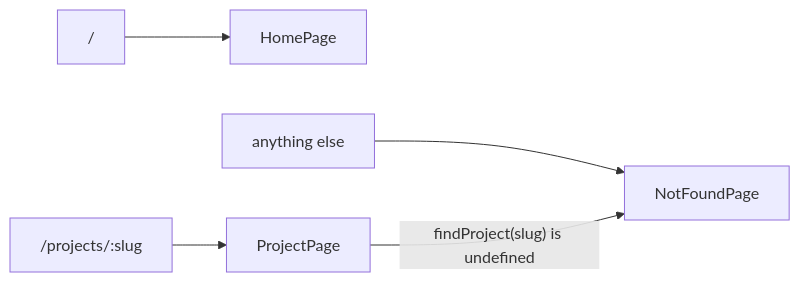
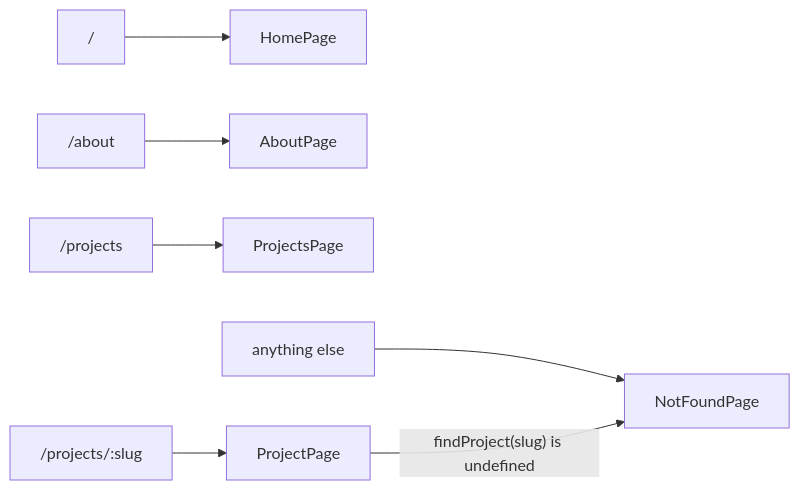
One commit to brennan-carson/brennan-carson-portfolio changed the fifth of 6 diagrams in docs/repository-guide.md. Above: the diagram before and after it, drawn with Mermaid. The commit also changed other lines of this file and 32 other files, not shown here.

````diff
--- a/docs/repository-guide.md
+++ b/docs/repository-guide.md
@@ -108,7 +110,9 @@
 ```mermaid
 flowchart LR
   U1["/"] --> HomePage
-  U2["/projects/:slug"] --> ProjectPage
-  U3["anything else"] --> NotFoundPage
+  U2["/about"] --> AboutPage
+  U3["/projects"] --> ProjectsPage
+  U4["/projects/:slug"] --> ProjectPage
+  U5["anything else"] --> NotFoundPage
   ProjectPage -- "findProject(slug) is undefined" --> NotFoundPage
 ```
````
